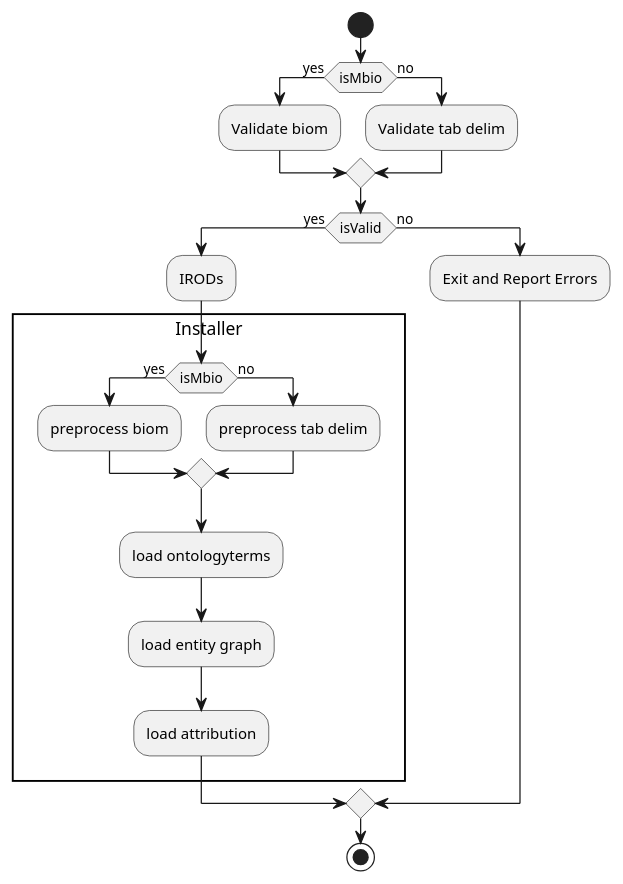
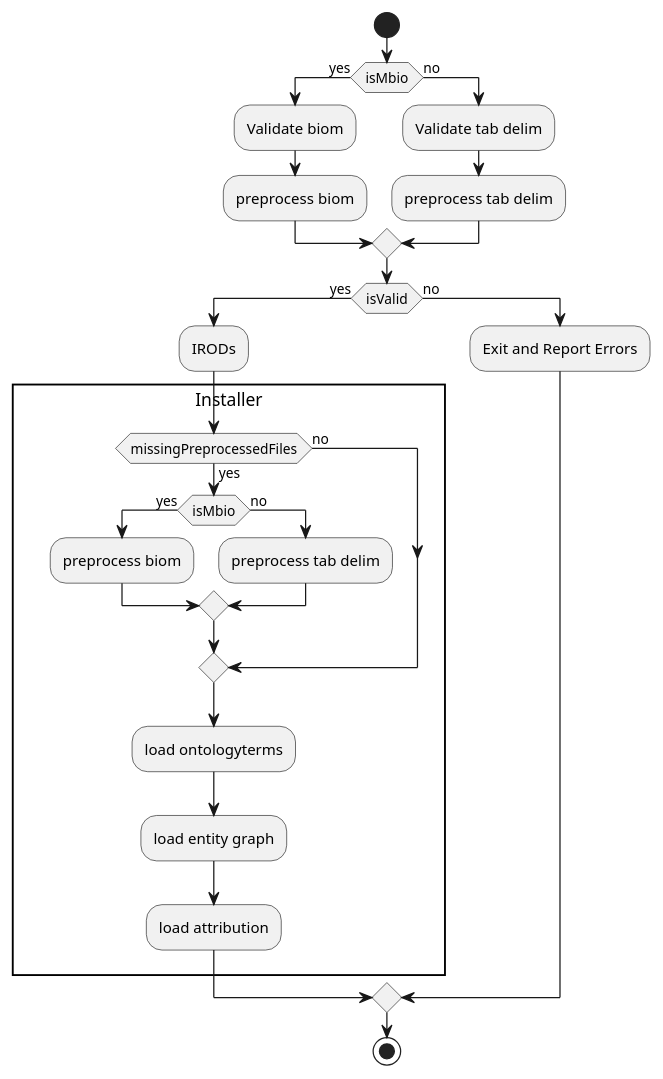
Before and after one commit to jbrestel/org-docs: the diagram in project_planning/eda_diy.org, drawn with PlantUML. The commit also changed other lines of this file and 1 other file, not shown here.

Commit message:
clean up eda_diy

```diff
--- a/project_planning/eda_diy.org
+++ b/project_planning/eda_diy.org
@@ -11,26 +13,30 @@
-#+begin_src plantuml :file images/eda_diy.png :exports
+#+begin_src plantuml :file images/eda_diy.png :exports results
 start
 if(isMbio) then (yes)
   :Validate biom;
+  :preprocess biom;
  else(no)
   :Validate tab delim;
+  :preprocess tab delim;
 endif
-if (isValid) then (yes)
+if(isValid) then (yes)
   :IRODs;
   rectangle Installer {
-     if(isMbio) then (yes)
-        :preprocess biom;
-     else(no)
-         :preprocess tab delim;
+  if(missingPreprocessedFiles) then (yes)
+    if(isMbio) then (yes)
+      :preprocess biom;
+    else(no)
+      :preprocess tab delim;
+    endif
+  else (no)
   endif
-     :load ontologyterms;
-     :load entity graph;
-     :load attribution;
+   :load ontologyterms;
+   :load entity graph;
+   :load attribution;
         }
 else (no)
   :Exit and Report Errors;
 endif
+
 stop
-
-
 #+end_src
```
